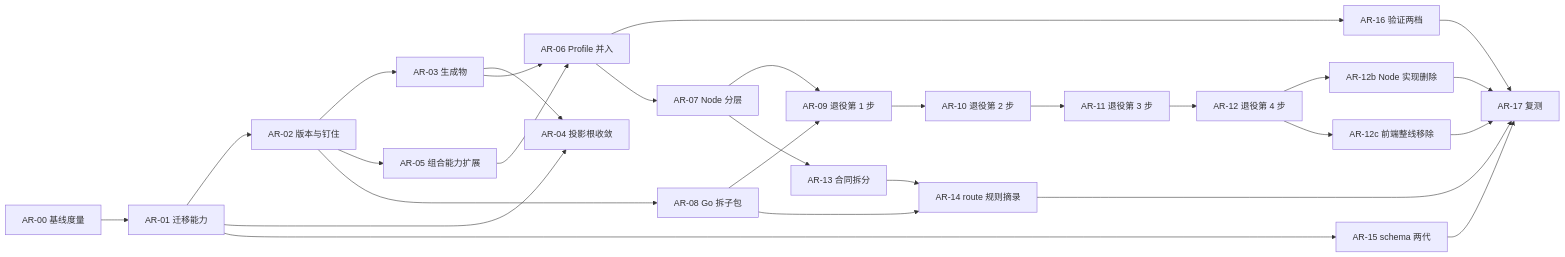
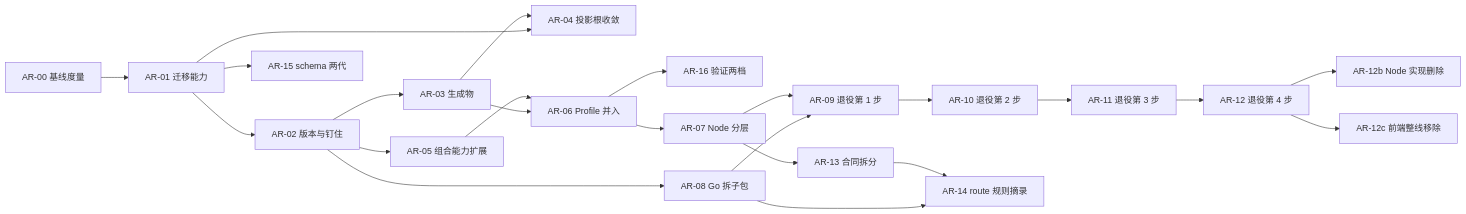
The diagram in .template-source/contracts/architecture-iteration-v1-plan.md (iloveZzz/yss-spec-project-template), drawn with Mermaid before and after one commit. The commit also changed other lines of this file and 1 other file, not shown here.

````diff
--- a/.template-source/contracts/architecture-iteration-v1-plan.md
+++ b/.template-source/contracts/architecture-iteration-v1-plan.md
@@ -28,30 +30,25 @@
 ```mermaid
 flowchart LR
   AR00[AR-00 基线度量] --> AR01[AR-01 迁移能力]
   AR01 --> AR02[AR-02 版本与钉住]
   AR02 --> AR03[AR-03 生成物]
   AR03 --> AR04[AR-04 投影根收敛]
   AR01 --> AR04
   AR02 --> AR05[AR-05 组合能力扩展]
   AR05 --> AR06[AR-06 Profile 并入]
   AR03 --> AR06
   AR06 --> AR16[AR-16 验证两档]
   AR06 --> AR07[AR-07 Node 分层]
   AR02 --> AR08[AR-08 Go 拆子包]
   AR07 --> AR09[AR-09 退役第 1 步]
   AR08 --> AR09
   AR09 --> AR10[AR-10 退役第 2 步]
   AR10 --> AR11[AR-11 退役第 3 步]
   AR11 --> AR12[AR-12 退役第 4 步]
   AR07 --> AR13[AR-13 合同拆分]
   AR13 --> AR14[AR-14 route 规则摘录]
   AR08 --> AR14
   AR01 --> AR15[AR-15 schema 两代]
   AR12 --> AR12b[AR-12b Node 实现删除]
-  AR12b --> AR17[AR-17 复测]
   AR12 --> AR12c[AR-12c 前端整线移除]
-  AR12c --> AR17
-  AR14 --> AR17
-  AR15 --> AR17
-  AR16 --> AR17
 ```
````
